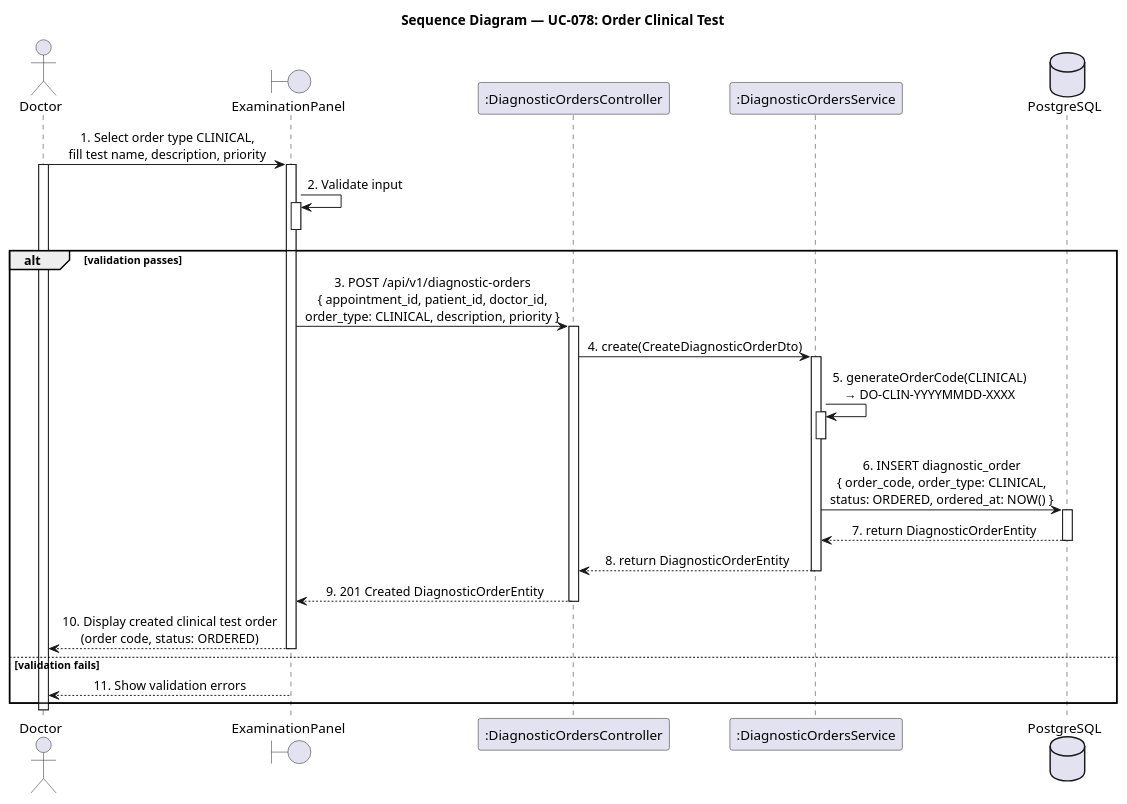
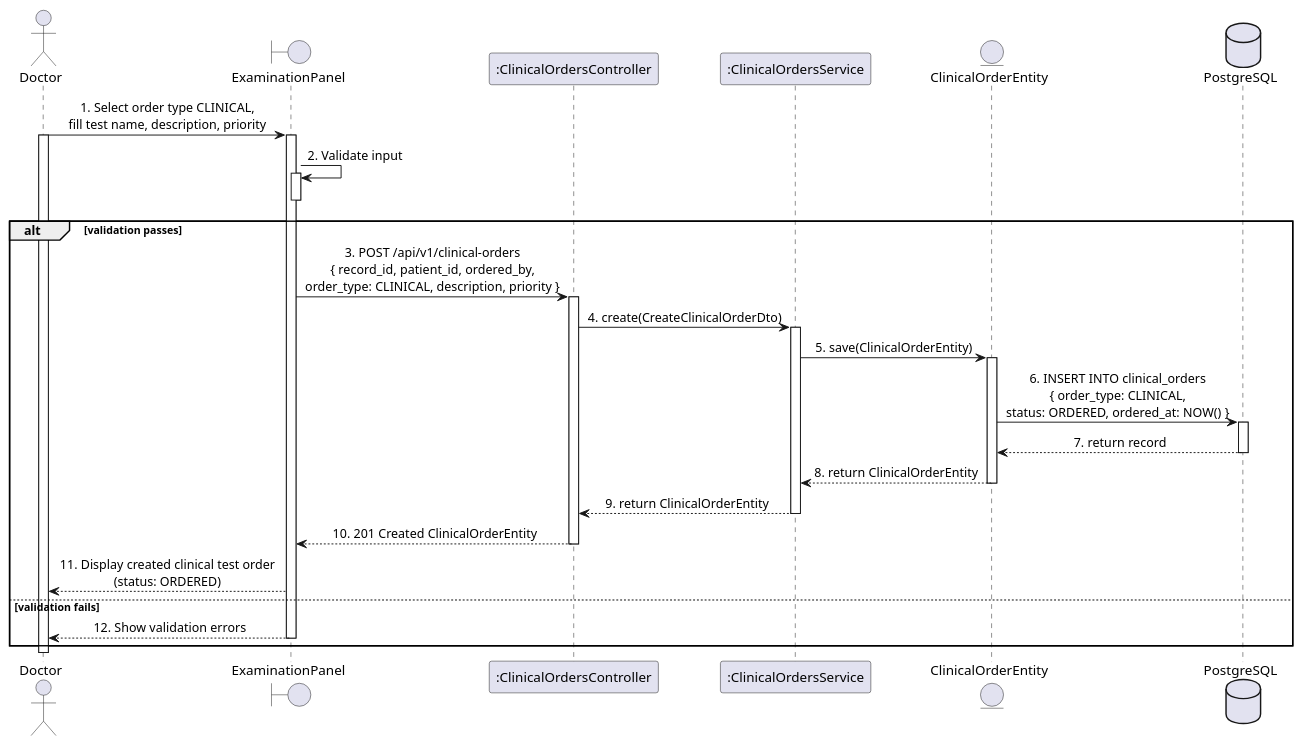
One commit to LTPPPP/Smart-Medical-Intelligent-Ledger-for-E-health-S.M.I.L.E- changed the diagram in docs/sequence-diagram/UC78_OrderClinicalTest.puml. Above: the diagram before and after it, drawn with PlantUML. The commit also changed 114 other files, not shown here.

Commit message:
feat: complete class,sequence

```diff
--- a/docs/sequence-diagram/UC78_OrderClinicalTest.puml
+++ b/docs/sequence-diagram/UC78_OrderClinicalTest.puml
@@ -1,51 +1,48 @@
 @startuml SequenceDiagram
 skinparam shadowing false
 skinparam sequenceMessageAlign center
-
-title Sequence Diagram — UC-078: Order Clinical Test
-
 actor "Doctor" as user
 boundary "ExaminationPanel" as form
-participant ":DiagnosticOrdersController" as ctrl
-participant ":DiagnosticOrdersService" as orderSvc
+participant ":ClinicalOrdersController" as ctrl
+participant ":ClinicalOrdersService" as orderSvc
+entity "ClinicalOrderEntity" as orderEntity
 database "PostgreSQL" as db
 
 user -> form : 1. Select order type CLINICAL,\nfill test name, description, priority
 activate user
 activate form
 
 form -> form : 2. Validate input
 activate form
 deactivate form
 alt validation passes
-  form -> ctrl : 3. POST /api/v1/diagnostic-orders\n{ appointment_id, patient_id, doctor_id,\norder_type: CLINICAL, description, priority }
+  form -> ctrl : 3. POST /api/v1/clinical-orders\n{ record_id, patient_id, ordered_by,\norder_type: CLINICAL, description, priority }
   activate ctrl
 
-  ctrl -> orderSvc : 4. create(CreateDiagnosticOrderDto)
+  ctrl -> orderSvc : 4. create(CreateClinicalOrderDto)
   activate orderSvc
 
-  orderSvc -> orderSvc : 5. generateOrderCode(CLINICAL)\n→ DO-CLIN-YYYYMMDD-XXXX
-  activate orderSvc
+  orderSvc -> orderEntity : 5. save(ClinicalOrderEntity)
+  activate orderEntity
+  orderEntity -> db : 6. INSERT INTO clinical_orders\n{ order_type: CLINICAL,\nstatus: ORDERED, ordered_at: NOW() }
+  activate db
+  db --> orderEntity : 7. return record
+  deactivate db
+  orderEntity --> orderSvc : 8. return ClinicalOrderEntity
+  deactivate orderEntity
+
+  orderSvc --> ctrl : 9. return ClinicalOrderEntity
   deactivate orderSvc
 
-  orderSvc -> db : 6. INSERT diagnostic_order\n{ order_code, order_type: CLINICAL,\nstatus: ORDERED, ordered_at: NOW() }
-  activate db
-  db --> orderSvc : 7. return DiagnosticOrderEntity
-  deactivate db
-
-  orderSvc --> ctrl : 8. return DiagnosticOrderEntity
-  deactivate orderSvc
-
-  ctrl --> form : 9. 201 Created DiagnosticOrderEntity
+  ctrl --> form : 10. 201 Created ClinicalOrderEntity
   deactivate ctrl
 
-  form --> user : 10. Display created clinical test order\n(order code, status: ORDERED)
-  deactivate form
+  form --> user : 11. Display created clinical test order\n(status: ORDERED)
 else validation fails
-  form --> user : 11. Show validation errors
+  form --> user : 12. Show validation errors
   deactivate form
 end
 
 deactivate user
 
 @enduml
```
